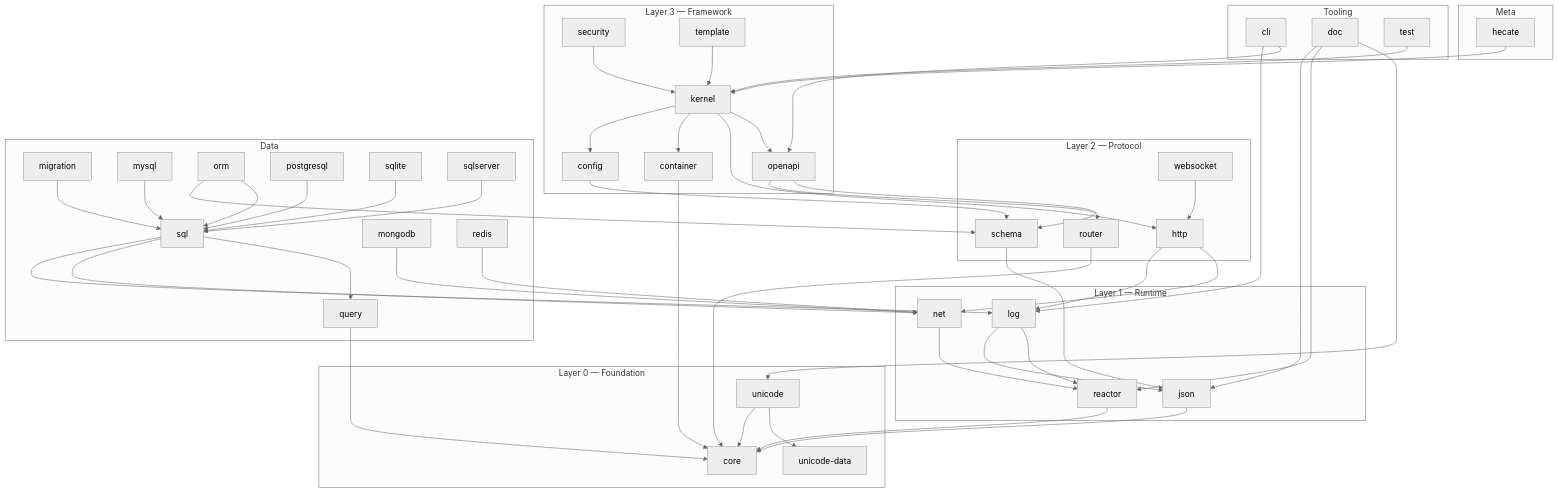
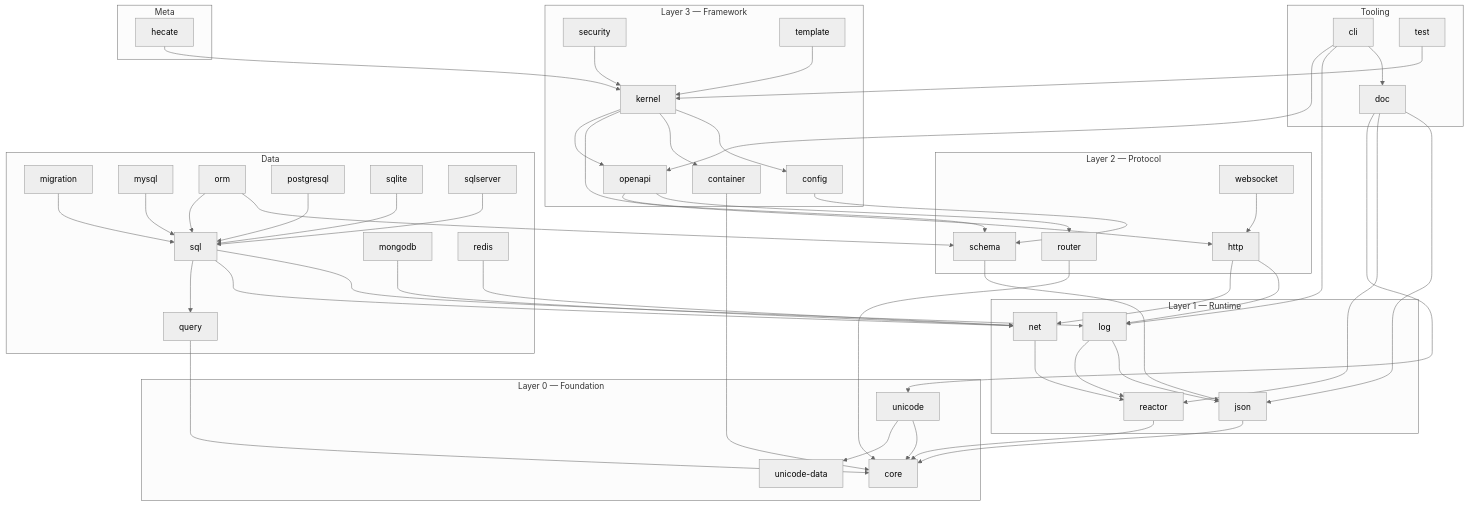
The first of 2 diagrams in docs/architecture/overview.md (hecate-framework/hecate), drawn with Mermaid (neutral theme) before and after one commit. The commit also changed 2 other files, not shown here.

Commit message:
fix(cli): declare the doc dependency (rockspec, README, dependency graph)
Claude-Session: https://claude.ai/code/session_01Mdjhq4hkJvVGAXvkLSzmab

````diff
--- a/docs/architecture/overview.md
+++ b/docs/architecture/overview.md
@@ -10,61 +10,62 @@
 ```mermaid
 flowchart TB
   subgraph L0[Layer 0 — Foundation]
     core
     unicode --> core
     unicode --> unicode-data
     unicode-data
   end
   subgraph L1[Layer 1 — Runtime]
     json --> core
     log --> json
     log --> reactor
     net --> reactor
     reactor --> core
   end
   subgraph L2[Layer 2 — Protocol]
     http --> log
     http --> net
     router --> core
     schema --> json
     websocket --> http
   end
   subgraph L3[Layer 3 — Framework]
     config --> schema
     container --> core
     kernel --> config
     kernel --> container
     kernel --> http
     kernel --> openapi
     openapi --> router
     openapi --> schema
     security --> kernel
     template --> kernel
   end
   subgraph D[Data]
     migration --> sql
     mongodb --> net
     mysql --> sql
     orm --> schema
     orm --> sql
     postgresql --> sql
     query --> core
     redis --> net
     sql --> log
     sql --> net
     sql --> query
     sqlite --> sql
     sqlserver --> sql
   end
   subgraph T[Tooling]
+    cli --> doc
     cli --> log
     cli --> openapi
     doc --> json
     doc --> reactor
     doc --> unicode
     test --> kernel
   end
   subgraph M[Meta]
     hecate --> kernel
   end
 ```
````
